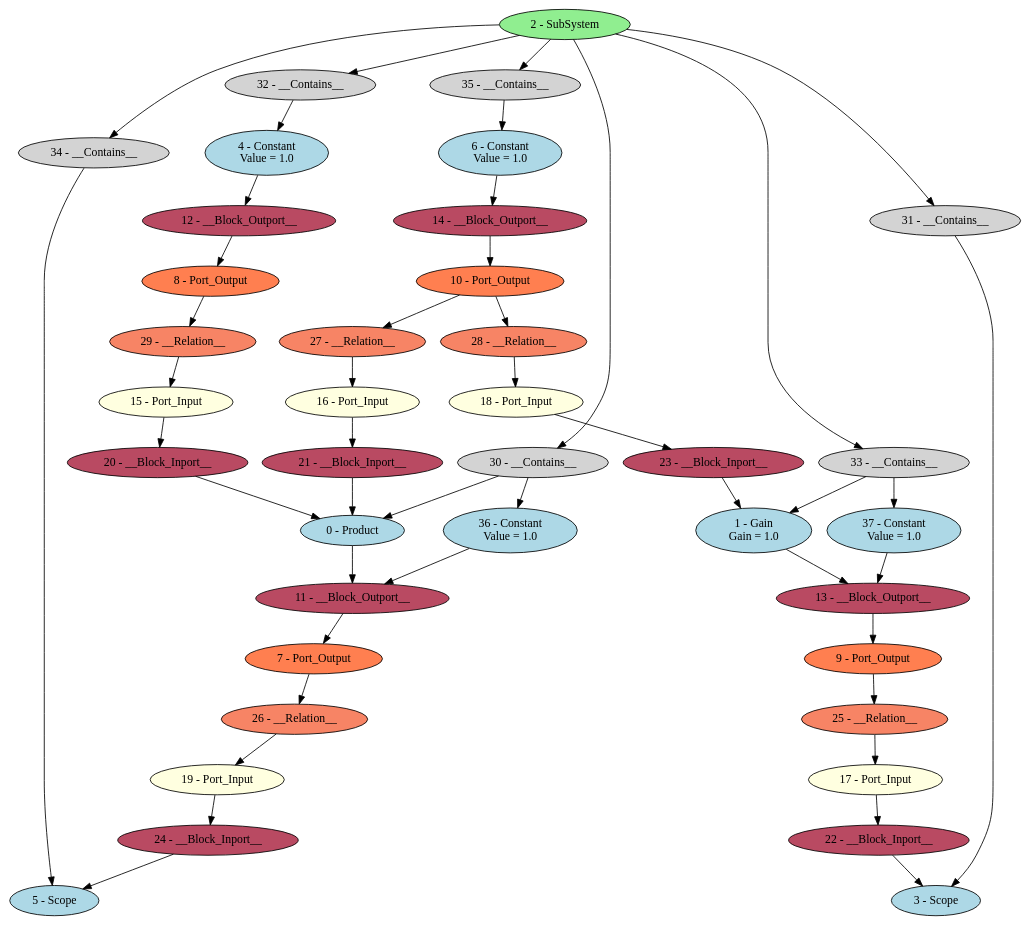
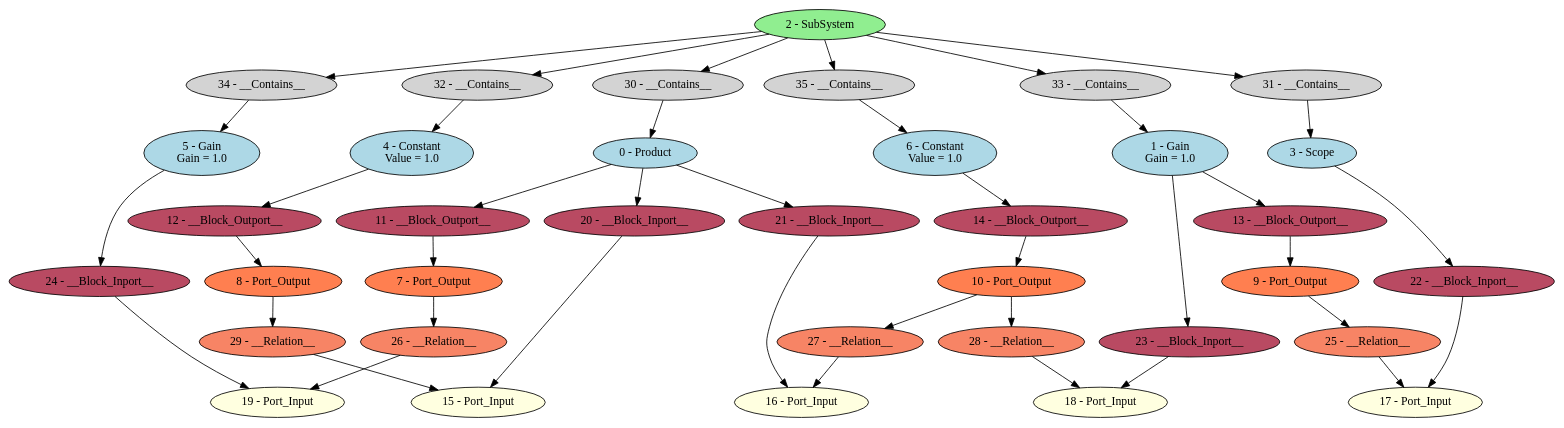
Before and after one commit to BentleyJOakes/BDOT: the diagram in CBDSimulator/dot/HEasy_opt.dot, drawn with Graphviz. The commit also changed 17 other files, not shown here.

```diff
--- a/CBDSimulator/dot/HEasy_opt.dot
+++ b/CBDSimulator/dot/HEasy_opt.dot
@@ -1,84 +1,78 @@
 digraph HEasy_opt {
 "0 - Product" [style=filled, fillcolor=lightblue];
 "1 - Gain\n Gain = 1.0" [style=filled, fillcolor=lightblue];
 "2 - SubSystem" [style=filled, fillcolor=lightgreen];
 "3 - Scope" [style=filled, fillcolor=lightblue];
 "4 - Constant\n Value = 1.0" [style=filled, fillcolor=lightblue];
-"5 - Scope" [style=filled, fillcolor=lightblue];
+"5 - Gain\n Gain = 1.0" [style=filled, fillcolor=lightblue];
 "6 - Constant\n Value = 1.0" [style=filled, fillcolor=lightblue];
 "7 - Port_Output" [style=filled, fillcolor=coral];
 "8 - Port_Output" [style=filled, fillcolor=coral];
 "9 - Port_Output" [style=filled, fillcolor=coral];
 "10 - Port_Output" [style=filled, fillcolor=coral];
 "11 - __Block_Outport__" [style=filled, fillcolor="#b94a62"];
 "12 - __Block_Outport__" [style=filled, fillcolor="#b94a62"];
 "13 - __Block_Outport__" [style=filled, fillcolor="#b94a62"];
 "14 - __Block_Outport__" [style=filled, fillcolor="#b94a62"];
 "15 - Port_Input" [style=filled, fillcolor=lightyellow];
 "16 - Port_Input" [style=filled, fillcolor=lightyellow];
 "17 - Port_Input" [style=filled, fillcolor=lightyellow];
 "18 - Port_Input" [style=filled, fillcolor=lightyellow];
 "19 - Port_Input" [style=filled, fillcolor=lightyellow];
 "20 - __Block_Inport__" [style=filled, fillcolor="#b94a62"];
 "21 - __Block_Inport__" [style=filled, fillcolor="#b94a62"];
 "22 - __Block_Inport__" [style=filled, fillcolor="#b94a62"];
 "23 - __Block_Inport__" [style=filled, fillcolor="#b94a62"];
 "24 - __Block_Inport__" [style=filled, fillcolor="#b94a62"];
 "25 - __Relation__" [style=filled, fillcolor="#f78465"];
 "26 - __Relation__" [style=filled, fillcolor="#f78465"];
 "27 - __Relation__" [style=filled, fillcolor="#f78465"];
 "28 - __Relation__" [style=filled, fillcolor="#f78465"];
 "29 - __Relation__" [style=filled, fillcolor="#f78465"];
 "30 - __Contains__" [style=filled, fillcolor=lightgray];
 "31 - __Contains__" [style=filled, fillcolor=lightgray];
 "32 - __Contains__" [style=filled, fillcolor=lightgray];
 "33 - __Contains__" [style=filled, fillcolor=lightgray];
 "34 - __Contains__" [style=filled, fillcolor=lightgray];
 "35 - __Contains__" [style=filled, fillcolor=lightgray];
-"36 - Constant\n Value = 1.0" [style=filled, fillcolor=lightblue];
-"37 - Constant\n Value = 1.0" [style=filled, fillcolor=lightblue];
 "0 - Product" -> "11 - __Block_Outport__";
 "1 - Gain\n Gain = 1.0" -> "13 - __Block_Outport__";
 "2 - SubSystem" -> "35 - __Contains__";
 "2 - SubSystem" -> "34 - __Contains__";
 "2 - SubSystem" -> "33 - __Contains__";
 "2 - SubSystem" -> "32 - __Contains__";
 "2 - SubSystem" -> "31 - __Contains__";
 "2 - SubSystem" -> "30 - __Contains__";
 "4 - Constant\n Value = 1.0" -> "12 - __Block_Outport__";
 "6 - Constant\n Value = 1.0" -> "14 - __Block_Outport__";
 "7 - Port_Output" -> "26 - __Relation__";
 "8 - Port_Output" -> "29 - __Relation__";
 "9 - Port_Output" -> "25 - __Relation__";
 "10 - Port_Output" -> "28 - __Relation__";
 "10 - Port_Output" -> "27 - __Relation__";
 "11 - __Block_Outport__" -> "7 - Port_Output";
 "12 - __Block_Outport__" -> "8 - Port_Output";
 "13 - __Block_Outport__" -> "9 - Port_Output";
 "14 - __Block_Outport__" -> "10 - Port_Output";
-"15 - Port_Input" -> "20 - __Block_Inport__";
-"16 - Port_Input" -> "21 - __Block_Inport__";
-"17 - Port_Input" -> "22 - __Block_Inport__";
-"18 - Port_Input" -> "23 - __Block_Inport__";
-"19 - Port_Input" -> "24 - __Block_Inport__";
-"20 - __Block_Inport__" -> "0 - Product";
-"21 - __Block_Inport__" -> "0 - Product";
-"22 - __Block_Inport__" -> "3 - Scope";
-"23 - __Block_Inport__" -> "1 - Gain\n Gain = 1.0";
-"24 - __Block_Inport__" -> "5 - Scope";
+"20 - __Block_Inport__" -> "15 - Port_Input";
+"21 - __Block_Inport__" -> "16 - Port_Input";
+"22 - __Block_Inport__" -> "17 - Port_Input";
+"23 - __Block_Inport__" -> "18 - Port_Input";
+"24 - __Block_Inport__" -> "19 - Port_Input";
+"0 - Product" -> "20 - __Block_Inport__";
+"0 - Product" -> "21 - __Block_Inport__";
+"3 - Scope" -> "22 - __Block_Inport__";
+"1 - Gain\n Gain = 1.0" -> "23 - __Block_Inport__";
+"5 - Gain\n Gain = 1.0" -> "24 - __Block_Inport__";
 "25 - __Relation__" -> "17 - Port_Input";
 "26 - __Relation__" -> "19 - Port_Input";
 "27 - __Relation__" -> "16 - Port_Input";
 "28 - __Relation__" -> "18 - Port_Input";
 "29 - __Relation__" -> "15 - Port_Input";
-"30 - __Contains__" -> "36 - Constant\n Value = 1.0";
 "30 - __Contains__" -> "0 - Product";
 "31 - __Contains__" -> "3 - Scope";
 "32 - __Contains__" -> "4 - Constant\n Value = 1.0";
-"33 - __Contains__" -> "37 - Constant\n Value = 1.0";
 "33 - __Contains__" -> "1 - Gain\n Gain = 1.0";
-"34 - __Contains__" -> "5 - Scope";
+"34 - __Contains__" -> "5 - Gain\n Gain = 1.0";
 "35 - __Contains__" -> "6 - Constant\n Value = 1.0";
-"36 - Constant\n Value = 1.0" -> "11 - __Block_Outport__";
-"37 - Constant\n Value = 1.0" -> "13 - __Block_Outport__";
 }
```
